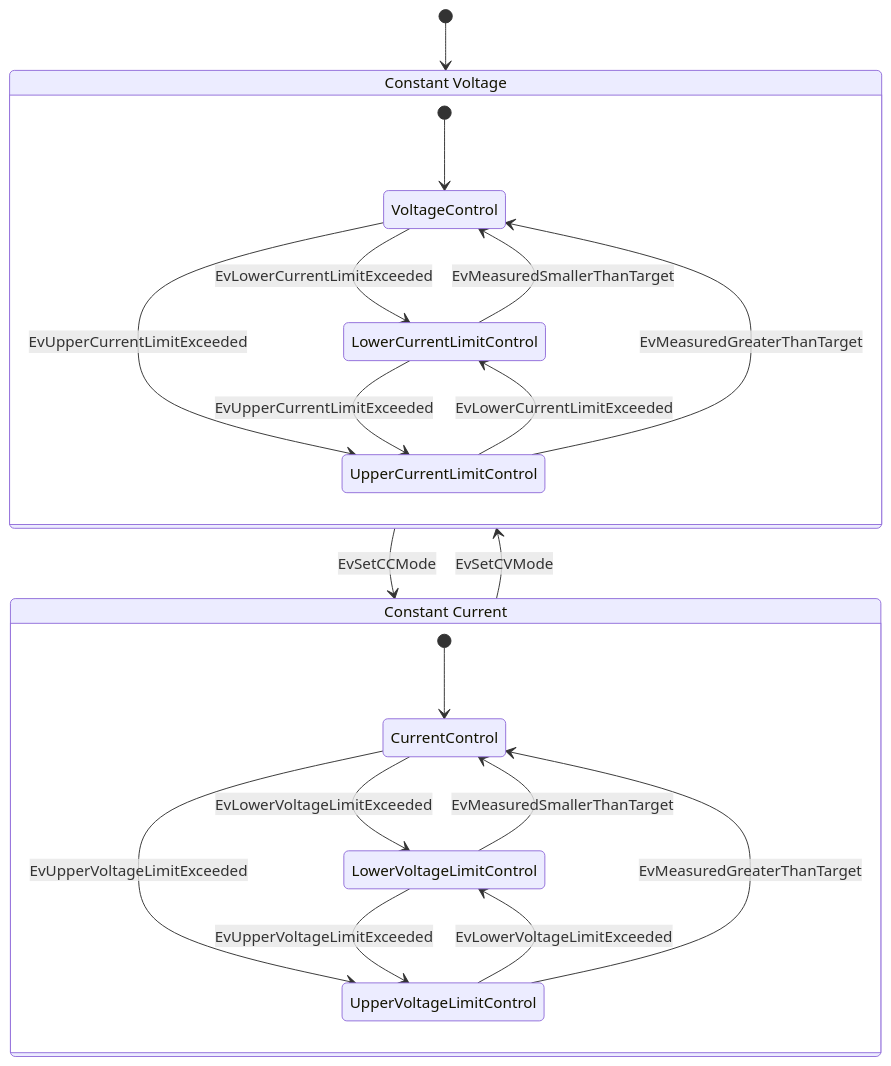
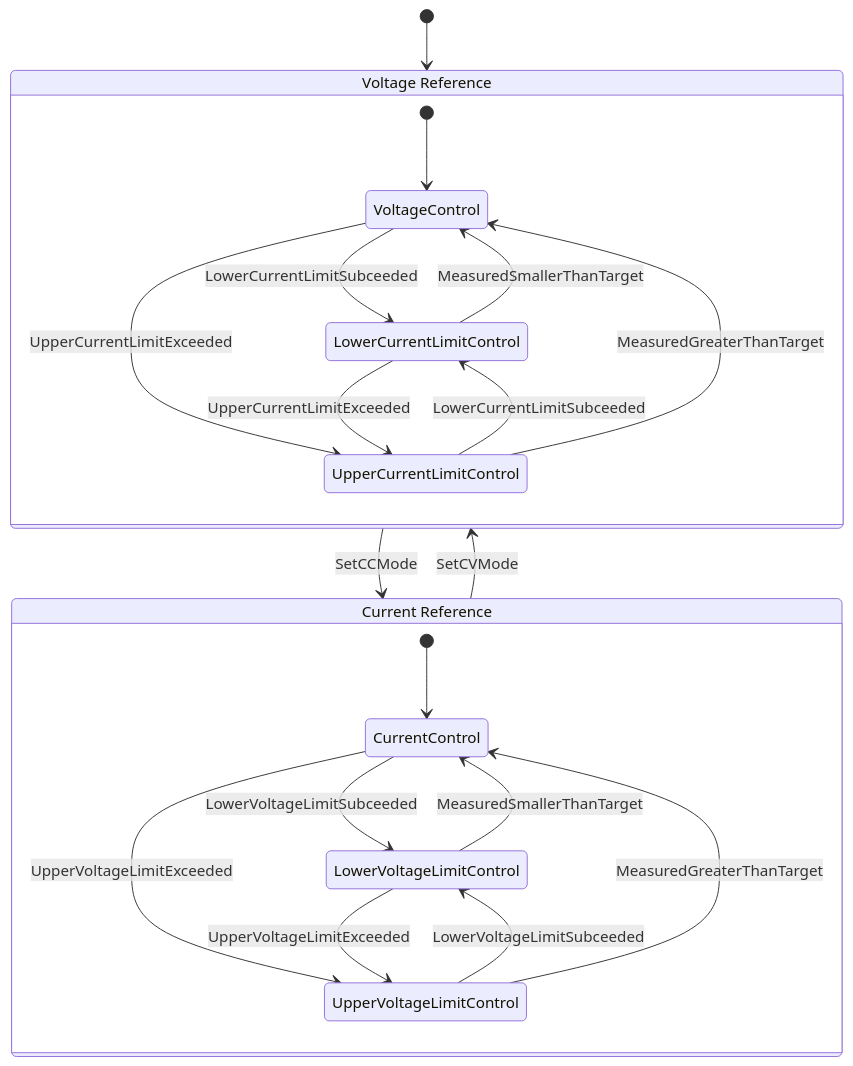
The diagram in docs/design/pss/limit-logic/mode-transition/statemachine.md (pascalguttmann/obat), drawn with Mermaid before and after one commit.

Commit message:
edit limit-logic statemachine naming enhancement

````diff
--- a/docs/design/pss/limit-logic/mode-transition/statemachine.md
+++ b/docs/design/pss/limit-logic/mode-transition/statemachine.md
@@ -7,28 +7,28 @@
 ```mermaid
 stateDiagram-v2
   [*] --> CV
-  CV --> CC : EvSetCCMode
-  CC --> CV : EvSetCVMode
+  CV --> CC : SetCCMode
+  CC --> CV : SetCVMode
 
-  CV: Constant Voltage
+  CV: Voltage Reference
   state CV {
     [*] --> VoltageControl
-    VoltageControl --> LowerCurrentLimitControl : EvLowerCurrentLimitExceeded
-    UpperCurrentLimitControl --> LowerCurrentLimitControl : EvLowerCurrentLimitExceeded
-    VoltageControl --> UpperCurrentLimitControl : EvUpperCurrentLimitExceeded
-    LowerCurrentLimitControl --> UpperCurrentLimitControl : EvUpperCurrentLimitExceeded
-    LowerCurrentLimitControl --> VoltageControl : EvMeasuredSmallerThanTarget
-    UpperCurrentLimitControl --> VoltageControl : EvMeasuredGreaterThanTarget
+    VoltageControl --> LowerCurrentLimitControl : LowerCurrentLimitSubceeded
+    UpperCurrentLimitControl --> LowerCurrentLimitControl : LowerCurrentLimitSubceeded
+    VoltageControl --> UpperCurrentLimitControl : UpperCurrentLimitExceeded
+    LowerCurrentLimitControl --> UpperCurrentLimitControl : UpperCurrentLimitExceeded
+    LowerCurrentLimitControl --> VoltageControl : MeasuredSmallerThanTarget
+    UpperCurrentLimitControl --> VoltageControl : MeasuredGreaterThanTarget
   }
 
-  CC: Constant Current
+  CC: Current Reference
   state CC {
     [*] --> CurrentControl
-    CurrentControl --> LowerVoltageLimitControl : EvLowerVoltageLimitExceeded
-    UpperVoltageLimitControl --> LowerVoltageLimitControl : EvLowerVoltageLimitExceeded
-    CurrentControl --> UpperVoltageLimitControl : EvUpperVoltageLimitExceeded
-    LowerVoltageLimitControl --> UpperVoltageLimitControl : EvUpperVoltageLimitExceeded
-    LowerVoltageLimitControl --> CurrentControl : EvMeasuredSmallerThanTarget
-    UpperVoltageLimitControl --> CurrentControl : EvMeasuredGreaterThanTarget
+    CurrentControl --> LowerVoltageLimitControl : LowerVoltageLimitSubceeded
+    UpperVoltageLimitControl --> LowerVoltageLimitControl : LowerVoltageLimitSubceeded
+    CurrentControl --> UpperVoltageLimitControl : UpperVoltageLimitExceeded
+    LowerVoltageLimitControl --> UpperVoltageLimitControl : UpperVoltageLimitExceeded
+    LowerVoltageLimitControl --> CurrentControl : MeasuredSmallerThanTarget
+    UpperVoltageLimitControl --> CurrentControl : MeasuredGreaterThanTarget
   }
 ```
````
